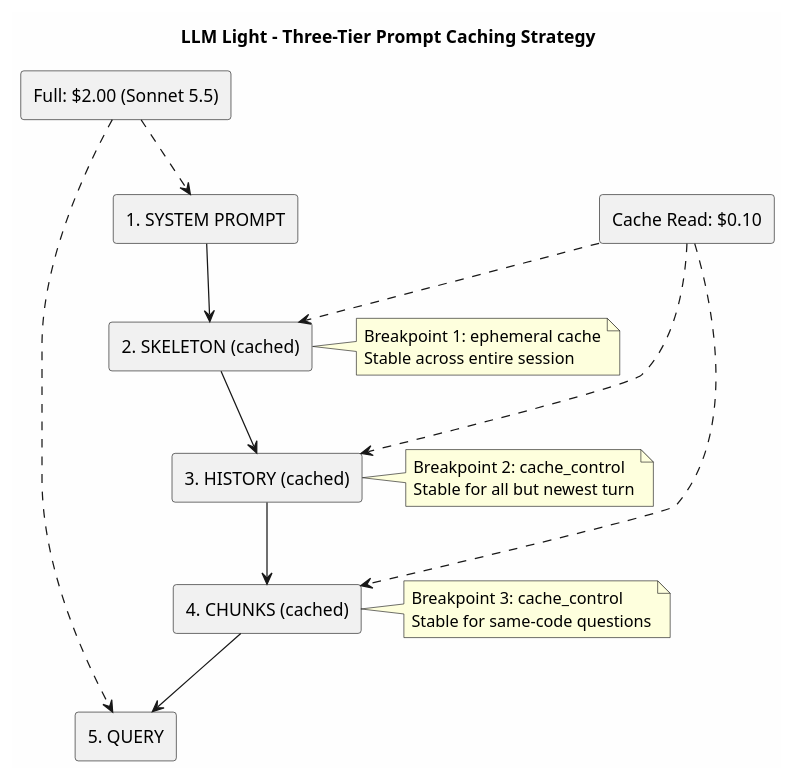
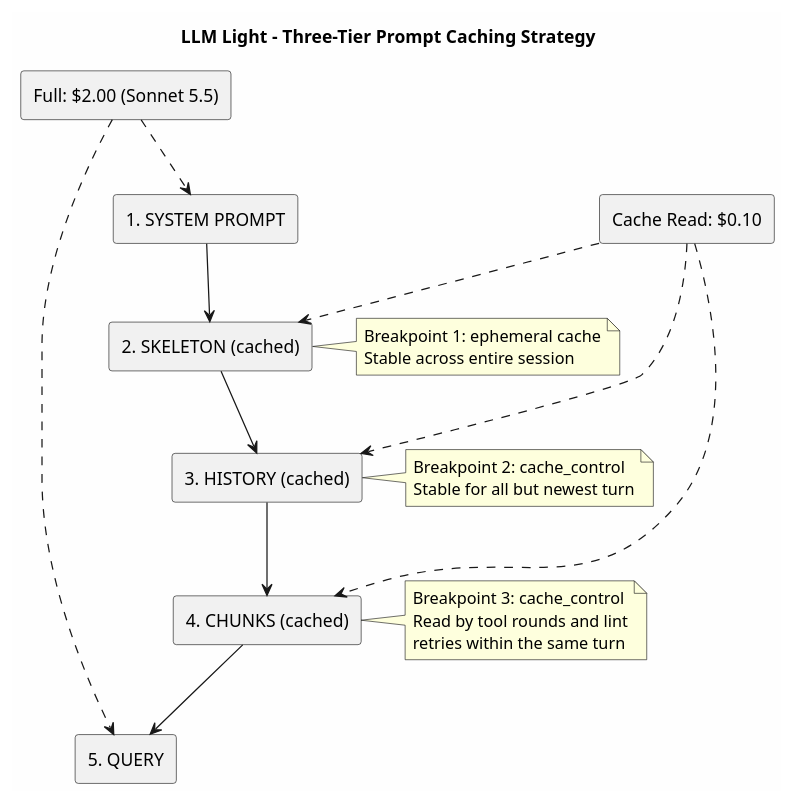
Before and after one commit to PIsberg/llm-light: the diagram in docs/architecture/caching.md, drawn with PlantUML. The commit also changed other lines of this file and 19 other files, not shown here.

````diff
--- a/docs/architecture/caching.md
+++ b/docs/architecture/caching.md
@@ -39,43 +39,44 @@
 ```plantuml
 @startuml LLM_Light_Caching_Diagram
 title LLM Light - Three-Tier Prompt Caching Strategy
 
 skinparam backgroundColor #FEFEFE
 
 rectangle "1. SYSTEM PROMPT" as SystemPrompt
 rectangle "2. SKELETON (cached)" as Skeleton
 rectangle "3. HISTORY (cached)" as History
 rectangle "4. CHUNKS (cached)" as Chunks
 rectangle "5. QUERY" as Query
 
 SystemPrompt --> Skeleton
 Skeleton --> History
 History --> Chunks
 Chunks --> Query
 
 note right of Skeleton
   Breakpoint 1: ephemeral cache
   Stable across entire session
 end note
 
 note right of History
   Breakpoint 2: cache_control
   Stable for all but newest turn
 end note
 
 note right of Chunks
   Breakpoint 3: cache_control
-  Stable for same-code questions
+  Read by tool rounds and lint
+  retries within the same turn
 end note
 
 rectangle "Full: $2.00 (Sonnet 5.5)" as FullPrice
 rectangle "Cache Read: $0.10" as CacheRead
 
 FullPrice ..> SystemPrompt
 FullPrice ..> Query
 CacheRead ..> Skeleton
 CacheRead ..> History
 CacheRead ..> Chunks
 
 @enduml
 ```
````
